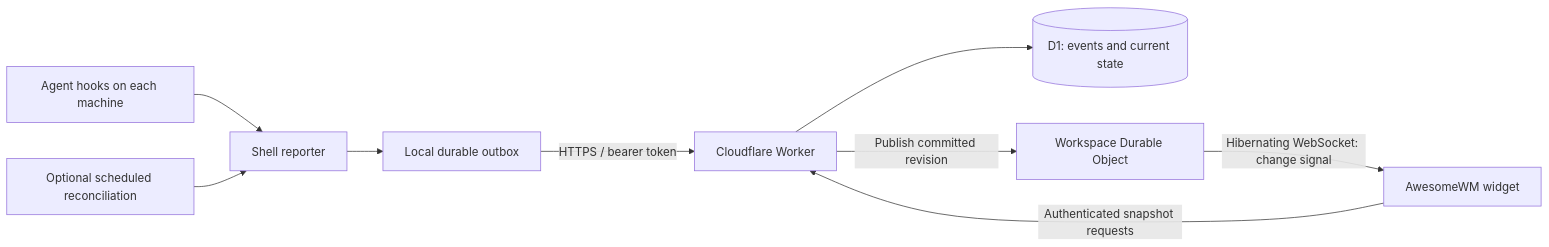
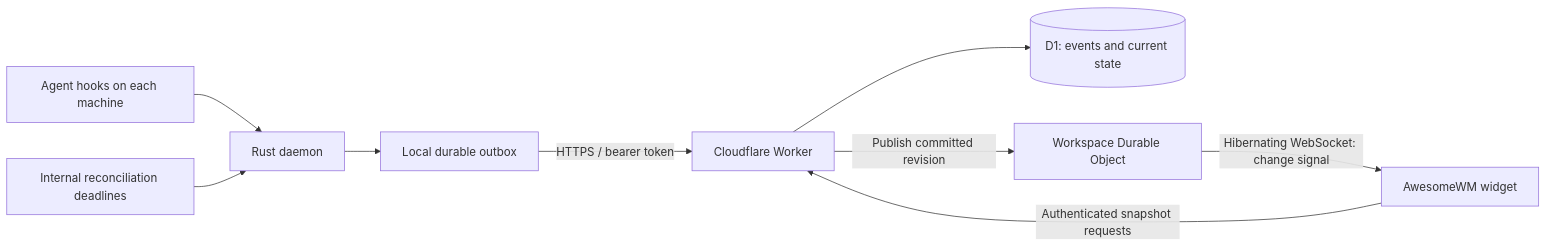
The diagram in docs/architecture.md (wooparadog/awesome-ai-agents), drawn with Mermaid before and after one commit. The commit also changed other lines of this file and 23 other files, not shown here.

First line of the commit message:
Replace shell reporting with a single Rust daemon

````diff
--- a/docs/architecture.md
+++ b/docs/architecture.md
@@ -13,11 +13,11 @@
 ```mermaid
 flowchart LR
-  A[Agent hooks on each machine] --> H[Shell reporter]
-  T[Optional scheduled reconciliation] --> H
+  A[Agent hooks on each machine] --> H[Rust daemon]
+  T[Internal reconciliation deadlines] --> H
   H --> O[Local durable outbox]
   O -->|HTTPS / bearer token| W[Cloudflare Worker]
   W --> D[(D1: events and current state)]
   W -->|Publish committed revision| N[Workspace Durable Object]
   N -->|Hibernating WebSocket: change signal| U[AwesomeWM widget]
   U[AwesomeWM widget] -->|Authenticated snapshot requests| W
 ```
````
